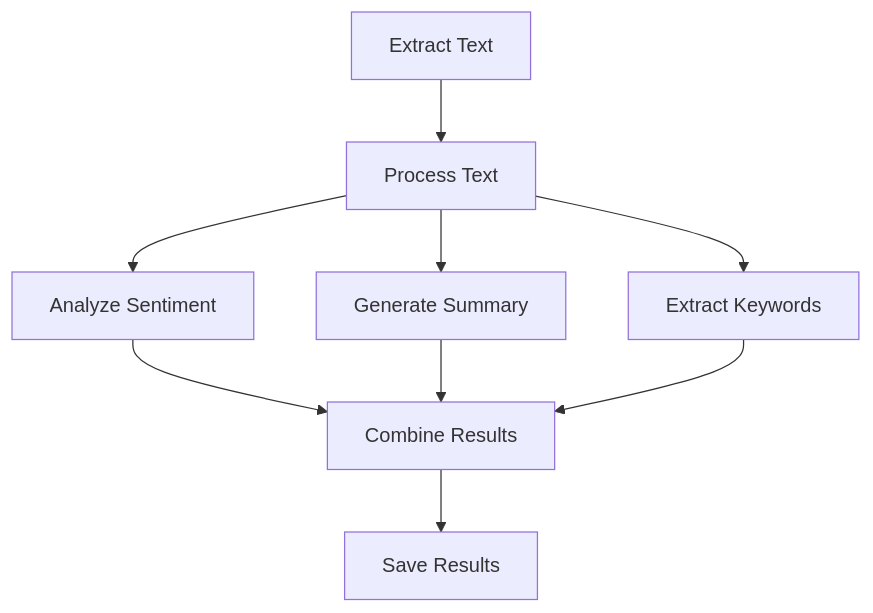
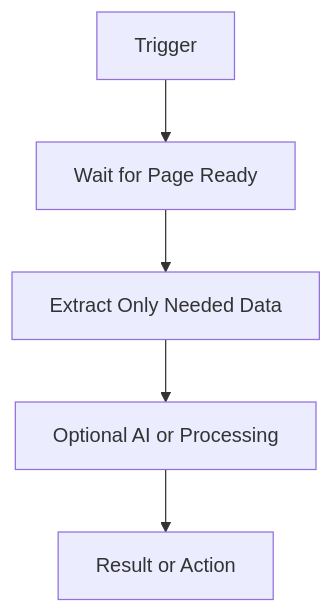
The second of 2 diagrams in src/content/docs/usage/troubleshooting/performance-optimization.md (agentic-com/Agentic-Flow-Doc), drawn with Mermaid before and after one commit. The commit also changed other lines of this file and 185 other files, not shown here.

````diff
--- a/src/content/docs/usage/troubleshooting/performance-optimization.md
+++ b/src/content/docs/usage/troubleshooting/performance-optimization.md
@@ -364,11 +186,7 @@
 ```mermaid
-graph TB
-    A[Extract Text] --> B[Process Text]
-    B --> C[Analyze Sentiment]
-    B --> D[Generate Summary]
-    B --> E[Extract Keywords]
-    C --> F[Combine Results]
-    D --> F
-    E --> F
-    F --> G[Save Results]
+flowchart TD
+    A[Trigger] --> B[Wait for Page Ready]
+    B --> C[Extract Only Needed Data]
+    C --> D[Optional AI or Processing]
+    D --> E[Result or Action]
 ```
````
